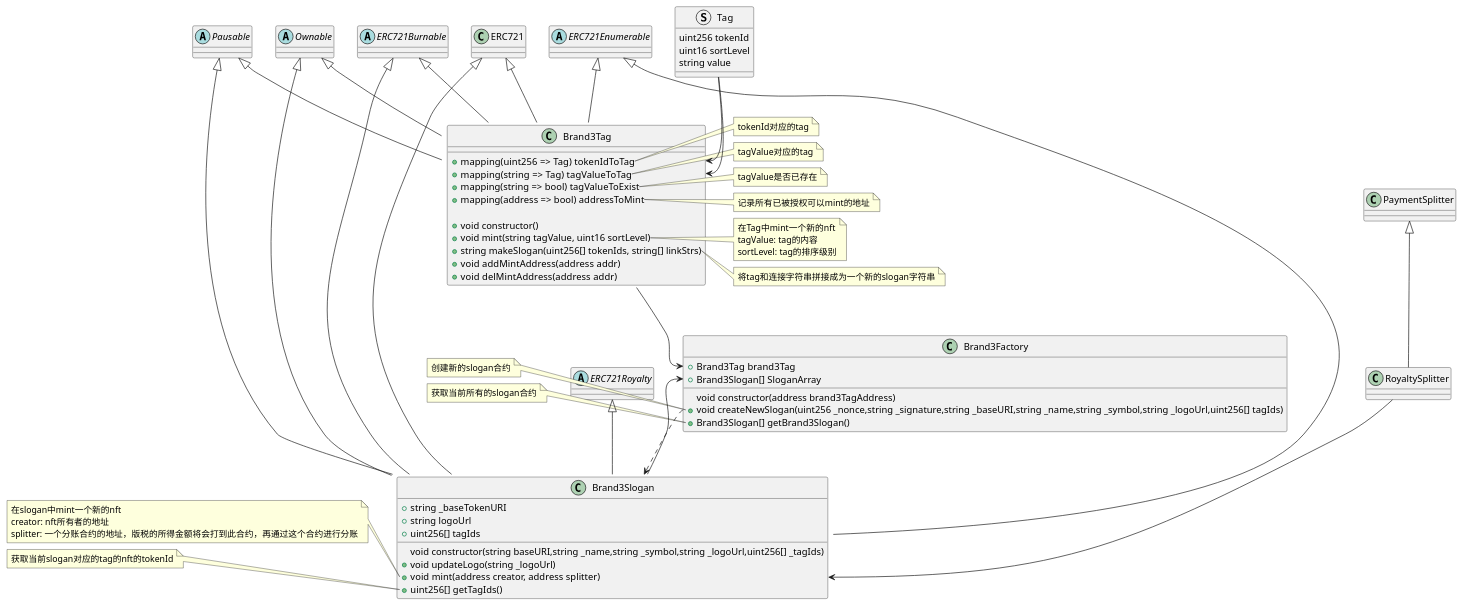
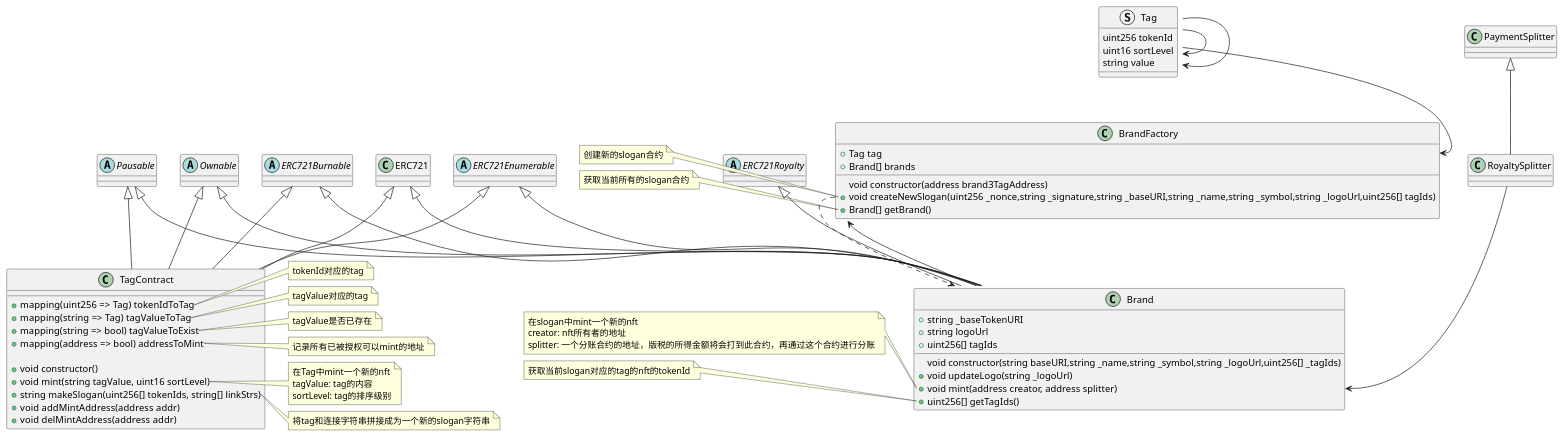
The diagram in docs/合约类图.puml (Taggie3/contract), drawn with PlantUML before and after one commit. The commit also changed 6 other files, not shown here.

```diff
--- a/docs/合约类图.puml
+++ b/docs/合约类图.puml
@@ -1,96 +1,96 @@
 @startuml
 'https://plantuml.com/class-diagram
 
 class ERC721{}
 class PaymentSplitter{}
 abstract class ERC721Enumerable{}
 abstract class Pausable{}
 abstract class Ownable{}
 abstract class ERC721Burnable{}
 abstract class ERC721Royalty{}
-class Brand3Factory{
-    + Brand3Tag brand3Tag
-    + Brand3Slogan[] SloganArray
+class BrandFactory{
+    + Tag tag
+    + Brand[] brands
 
     void constructor(address brand3TagAddress)
     + void createNewSlogan(uint256 _nonce,string _signature,string _baseURI,string _name,string _symbol,string _logoUrl,uint256[] tagIds)
-    + Brand3Slogan[] getBrand3Slogan()
+    + Brand[] getBrand()
 }
-note left of Brand3Factory::"createNewSlogan"
+note left of BrandFactory::"createNewSlogan"
     创建新的slogan合约
 end note
-note left of Brand3Factory::"getBrand3Slogan"
+note left of BrandFactory::"getBrand"
     获取当前所有的slogan合约
 end note
 
-class Brand3Slogan extends ERC721,ERC721Enumerable,Pausable,Ownable,ERC721Burnable,ERC721Royalty{
+class Brand extends ERC721,ERC721Enumerable,Pausable,Ownable,ERC721Burnable,ERC721Royalty{
     + string _baseTokenURI
     + string logoUrl
     + uint256[] tagIds
 
     void constructor(string baseURI,string _name,string _symbol,string _logoUrl,uint256[] _tagIds)
     + void updateLogo(string _logoUrl)
     + void mint(address creator, address splitter)
     + uint256[] getTagIds()
 
 }
 
-note left of Brand3Slogan::"mint"
+note left of Brand::"mint"
     在slogan中mint一个新的nft
     creator: nft所有者的地址
     splitter: 一个分账合约的地址，版税的所得金额将会打到此合约，再通过这个合约进行分账
 end note
-note left of Brand3Slogan::"getTagIds"
+note left of Brand::"getTagIds"
     获取当前slogan对应的tag的nft的tokenId
 end note
 
-class Brand3Tag extends ERC721,ERC721Enumerable,Pausable,Ownable,ERC721Burnable{
+class TagContract extends ERC721,ERC721Enumerable,Pausable,Ownable,ERC721Burnable{
     +   mapping(uint256 => Tag) tokenIdToTag
     +   mapping(string => Tag) tagValueToTag
     +   mapping(string => bool) tagValueToExist
     +   mapping(address => bool) addressToMint
 
     +   void constructor()
     +   void mint(string tagValue, uint16 sortLevel)
     +   string makeSlogan(uint256[] tokenIds, string[] linkStrs)
     +   void  addMintAddress(address addr)
     +   void  delMintAddress(address addr)
 }
-note right of Brand3Tag::"tokenIdToTag"
+note right of TagContract::"tokenIdToTag"
     tokenId对应的tag
 end note
-note right of Brand3Tag::"tagValueToTag"
+note right of TagContract::"tagValueToTag"
     tagValue对应的tag
 end note
-note right of Brand3Tag::"tagValueToExist"
+note right of TagContract::"tagValueToExist"
     tagValue是否已存在
 end note
-note right of Brand3Tag::"addressToMint"
+note right of TagContract::"addressToMint"
     记录所有已被授权可以mint的地址
 end note
-note right of Brand3Tag::"mint"
+note right of TagContract::"mint"
     在Tag中mint一个新的nft
     tagValue: tag的内容
     sortLevel: tag的排序级别
 end note
-note right of Brand3Tag::"makeSlogan"
+note right of TagContract::"makeSlogan"
     将tag和连接字符串拼接成为一个新的slogan字符串
 end note
 
 
 struct Tag{
     uint256 tokenId
     uint16 sortLevel
     string value
 }
 
 class RoyaltySplitter extends PaymentSplitter{}
 
-Brand3Tag --> Brand3Factory::brand3Tag
-Brand3Slogan --> Brand3Factory::SloganArray
-RoyaltySplitter --> Brand3Slogan::mint
-Tag --> Brand3Tag::tokenIdToTag
-Tag --> Brand3Tag::tagValueToTag
-Brand3Factory::createNewSlogan -[dashed]-> Brand3Slogan
+Tag --> BrandFactory::tag
+Brand --> BrandFactory::SloganArray
+RoyaltySplitter --> Brand::mint
+Tag --> Tag::tokenIdToTag
+Tag --> Tag::tagValueToTag
+BrandFactory::createNewSlogan -[dashed]-> Brand
 
 @enduml
```
